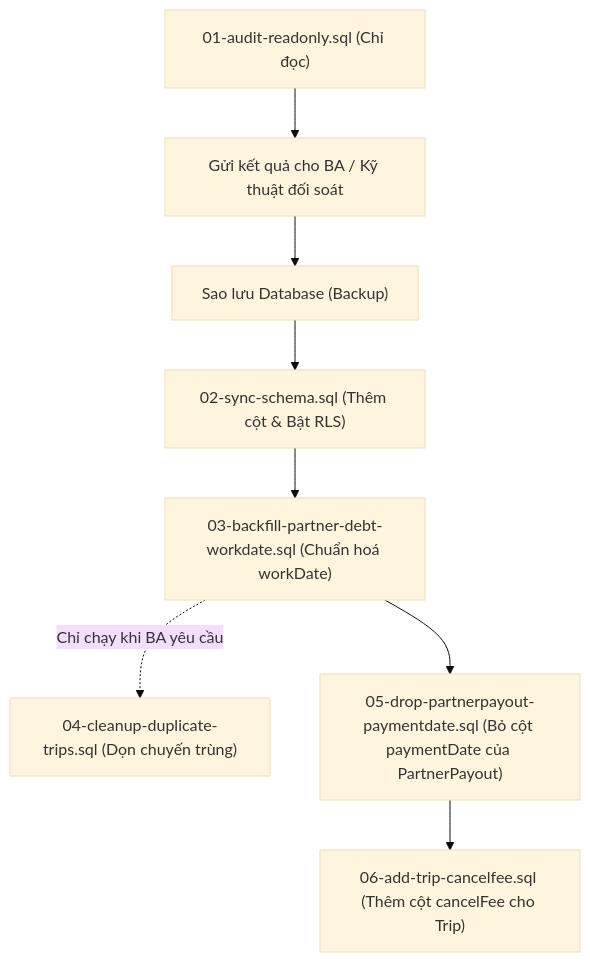
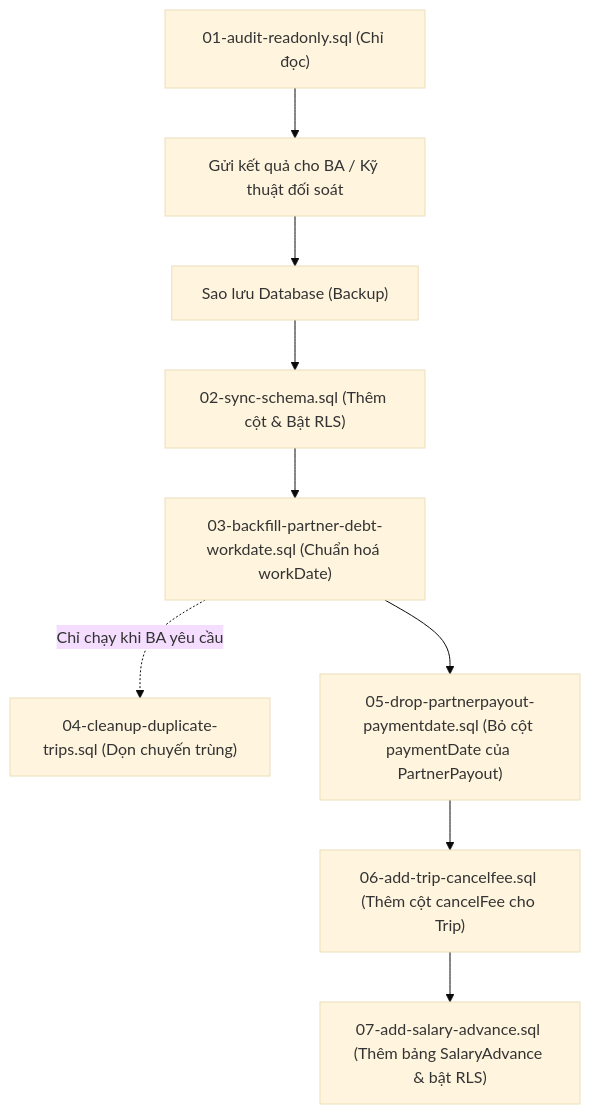
Before and after one commit to xuanthai-work/CarMS: the diagram in web/supabase/scripts/README.md, drawn with Mermaid (base theme). The commit also changed other lines of this file and 19 other files, not shown here.

````diff
--- a/web/supabase/scripts/README.md
+++ b/web/supabase/scripts/README.md
@@ -15,10 +15,11 @@
 ```mermaid
 flowchart TD
     A["01-audit-readonly.sql (Chỉ đọc)"] --> B["Gửi kết quả cho BA / Kỹ thuật đối soát"]
     B --> C["Sao lưu Database (Backup)"]
     C --> D["02-sync-schema.sql (Thêm cột & Bật RLS)"]
     D --> E["03-backfill-partner-debt-workdate.sql (Chuẩn hoá workDate)"]
     E -.->|Chỉ chạy khi BA yêu cầu| F["04-cleanup-duplicate-trips.sql (Dọn chuyến trùng)"]
     E --> G["05-drop-partnerpayout-paymentdate.sql (Bỏ cột paymentDate của PartnerPayout)"]
     G --> H["06-add-trip-cancelfee.sql (Thêm cột cancelFee cho Trip)"]
+    H --> I["07-add-salary-advance.sql (Thêm bảng SalaryAdvance & bật RLS)"]
 ```
````
